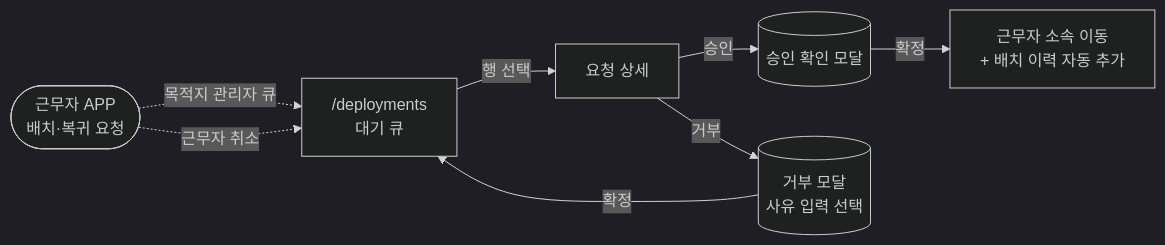
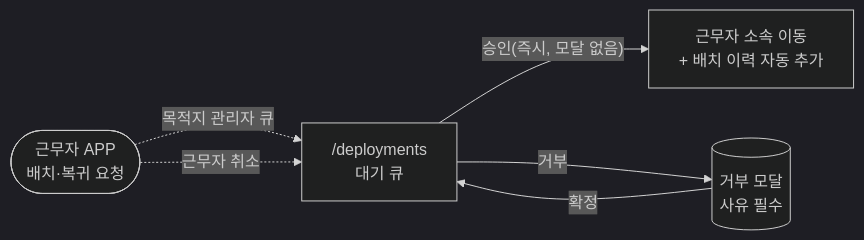
Before and after one commit to S-Tec-System-R-D/s-patrol_fe: the fifth of 15 diagrams in docs/flow.md, drawn with Mermaid. The commit also changed other lines of this file and 15 other files, not shown here.

````diff
--- a/docs/flow.md
+++ b/docs/flow.md
@@ -198,11 +198,9 @@
 ```mermaid
 %%{init: {'theme':'dark'}}%%
 flowchart LR
     APP(["근무자 APP<br/>배치·복귀 요청"]) -. "목적지 관리자 큐" .-> Q["/deployments<br/>대기 큐"]
-    Q -- "행 선택" --> D[요청 상세]
-    D -- "승인" --> A1[(승인 확인 모달)]
-    A1 -- "확정" --> H["근무자 소속 이동<br/>+ 배치 이력 자동 추가"]
-    D -- "거부" --> R1[(거부 모달<br/>사유 입력 선택)]
+    Q -- "승인(즉시, 모달 없음)" --> H["근무자 소속 이동<br/>+ 배치 이력 자동 추가"]
+    Q -- "거부" --> R1[(거부 모달<br/>사유 필수)]
     R1 -- "확정" --> Q
     APP -. "근무자 취소" .-> Q
 ```
````
